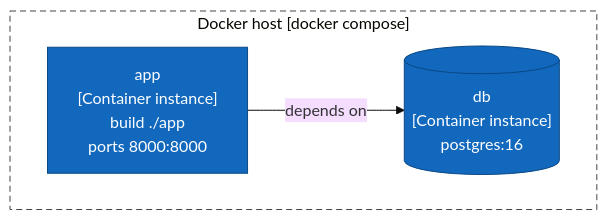
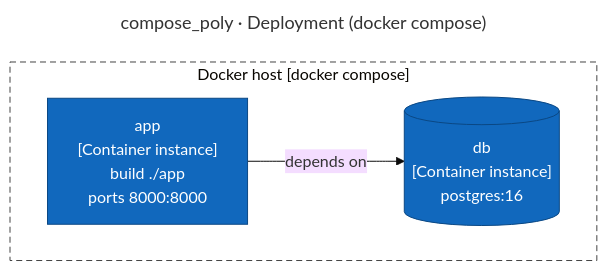
One commit to ythalorossy/architecture-skills changed the second of 3 diagrams in tests/golden/compose_poly/output/ArchitectureReport.md. Above: the diagram before and after it, drawn with Mermaid (base theme). The commit also changed other lines of this file and 56 other files, not shown here.

First line of the commit message:
feat(c4): title every diagram and add one Key to the report

````diff
--- a/tests/golden/compose_poly/output/ArchitectureReport.md
+++ b/tests/golden/compose_poly/output/ArchitectureReport.md
@@ -53,16 +67,19 @@
 ```mermaid
+---
+title: "compose_poly · Deployment (docker compose)"
+---
 flowchart TB
     subgraph host["Docker host [docker compose]"]
         svc_db[("db<br/>[Container instance]<br/>postgres:16")]
         svc_app["app<br/>[Container instance]<br/>build ./app<br/>ports 8000:8000"]
     end
     svc_app -->|"depends on"| svc_db
     classDef person fill:#08427b,stroke:#052e56,color:#ffffff
     classDef container fill:#1168bd,stroke:#0b4884,color:#ffffff
     classDef system fill:#1168bd,stroke:#0b4884,color:#ffffff
     classDef component fill:#85bbf0,stroke:#5d82a8,color:#000000
     classDef external fill:#999999,stroke:#6b6b6b,color:#ffffff
     classDef shared fill:#dbe9f6,stroke:#5d82a8,color:#000000,stroke-dasharray:4 3
     class svc_db,svc_app container
     style host fill:none,stroke:#444444,stroke-dasharray:6 4
 ```
````
